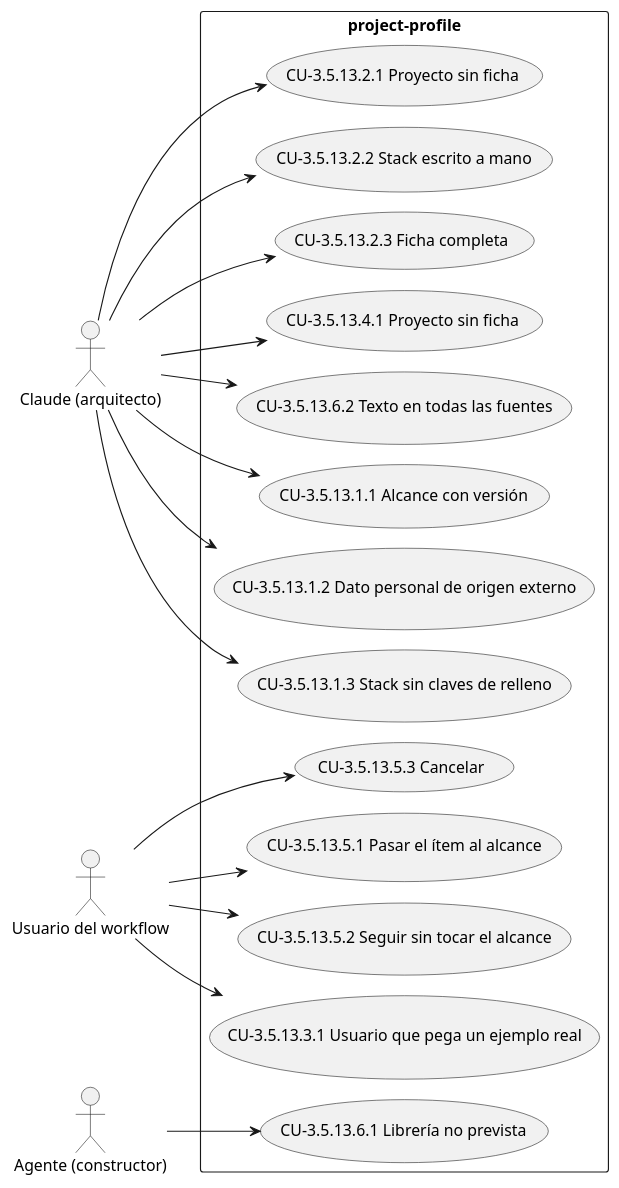
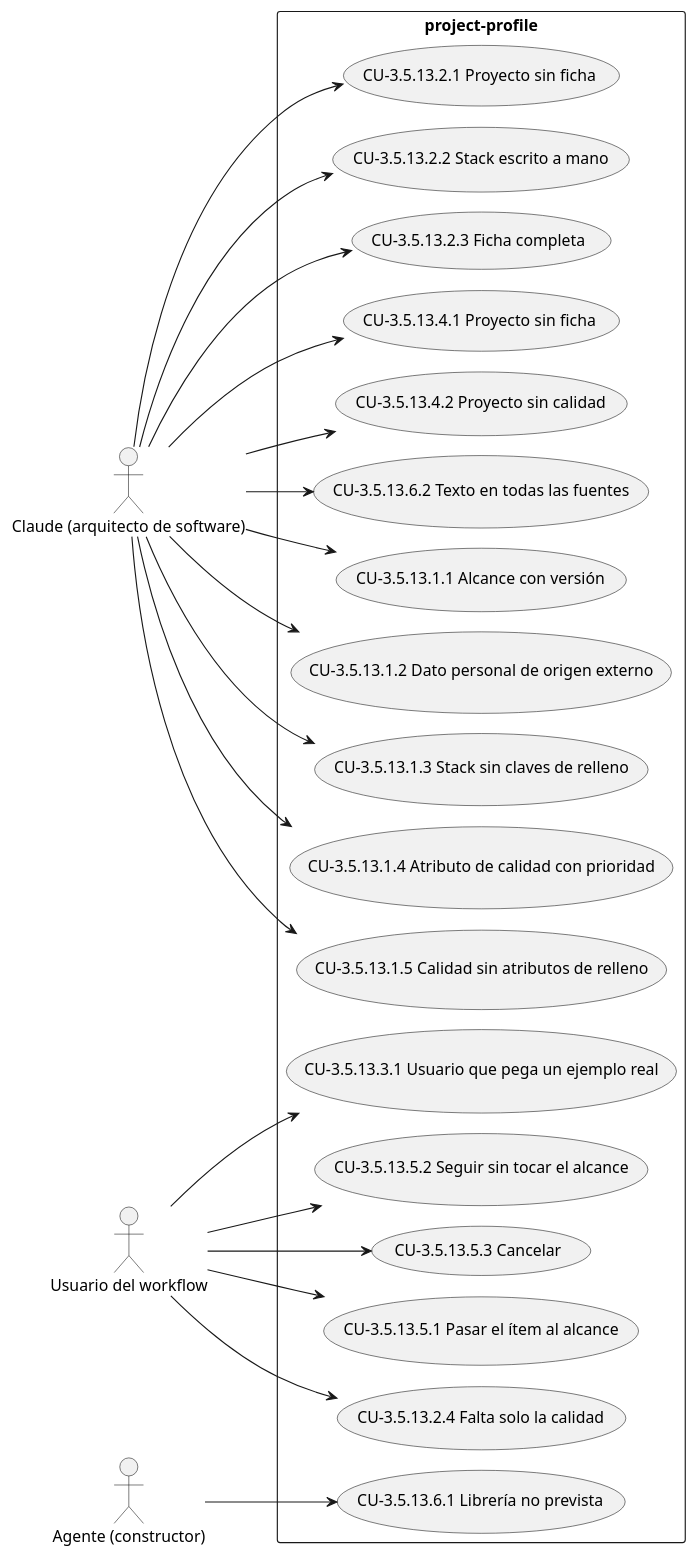
Before and after one commit to Lautaro-Montecchiani/sdd-global-config: the diagram in docs/diagramas/CAP-3.5.13.puml, drawn with PlantUML. The commit also changed 40 other files, not shown here.

```diff
--- a/docs/diagramas/CAP-3.5.13.puml
+++ b/docs/diagramas/CAP-3.5.13.puml
@@ -1,35 +1,43 @@
 @startuml
 !pragma layout smetana
 left to right direction
-actor "Claude (arquitecto)" as A1
+actor "Claude (arquitecto de software)" as A1
 actor "Usuario del workflow" as A2
 actor "Agente (constructor)" as A3
 rectangle "project-profile" {
   usecase "CU-3.5.13.1.1 Alcance con versión" as UC_3_5_13_1_1
   usecase "CU-3.5.13.1.2 Dato personal de origen externo" as UC_3_5_13_1_2
   usecase "CU-3.5.13.1.3 Stack sin claves de relleno" as UC_3_5_13_1_3
+  usecase "CU-3.5.13.1.4 Atributo de calidad con prioridad" as UC_3_5_13_1_4
+  usecase "CU-3.5.13.1.5 Calidad sin atributos de relleno" as UC_3_5_13_1_5
   usecase "CU-3.5.13.2.1 Proyecto sin ficha" as UC_3_5_13_2_1
   usecase "CU-3.5.13.2.2 Stack escrito a mano" as UC_3_5_13_2_2
   usecase "CU-3.5.13.2.3 Ficha completa" as UC_3_5_13_2_3
+  usecase "CU-3.5.13.2.4 Falta solo la calidad" as UC_3_5_13_2_4
   usecase "CU-3.5.13.3.1 Usuario que pega un ejemplo real" as UC_3_5_13_3_1
   usecase "CU-3.5.13.4.1 Proyecto sin ficha" as UC_3_5_13_4_1
+  usecase "CU-3.5.13.4.2 Proyecto sin calidad" as UC_3_5_13_4_2
   usecase "CU-3.5.13.5.1 Pasar el ítem al alcance" as UC_3_5_13_5_1
   usecase "CU-3.5.13.5.2 Seguir sin tocar el alcance" as UC_3_5_13_5_2
   usecase "CU-3.5.13.5.3 Cancelar" as UC_3_5_13_5_3
   usecase "CU-3.5.13.6.1 Librería no prevista" as UC_3_5_13_6_1
   usecase "CU-3.5.13.6.2 Texto en todas las fuentes" as UC_3_5_13_6_2
 }
 A1 --> UC_3_5_13_1_1
 A1 --> UC_3_5_13_1_2
 A1 --> UC_3_5_13_1_3
+A1 --> UC_3_5_13_1_4
+A1 --> UC_3_5_13_1_5
 A1 --> UC_3_5_13_2_1
 A1 --> UC_3_5_13_2_2
 A1 --> UC_3_5_13_2_3
+A2 --> UC_3_5_13_2_4
 A2 --> UC_3_5_13_3_1
 A1 --> UC_3_5_13_4_1
+A1 --> UC_3_5_13_4_2
 A2 --> UC_3_5_13_5_1
 A2 --> UC_3_5_13_5_2
 A2 --> UC_3_5_13_5_3
 A3 --> UC_3_5_13_6_1
 A1 --> UC_3_5_13_6_2
 @enduml
```
